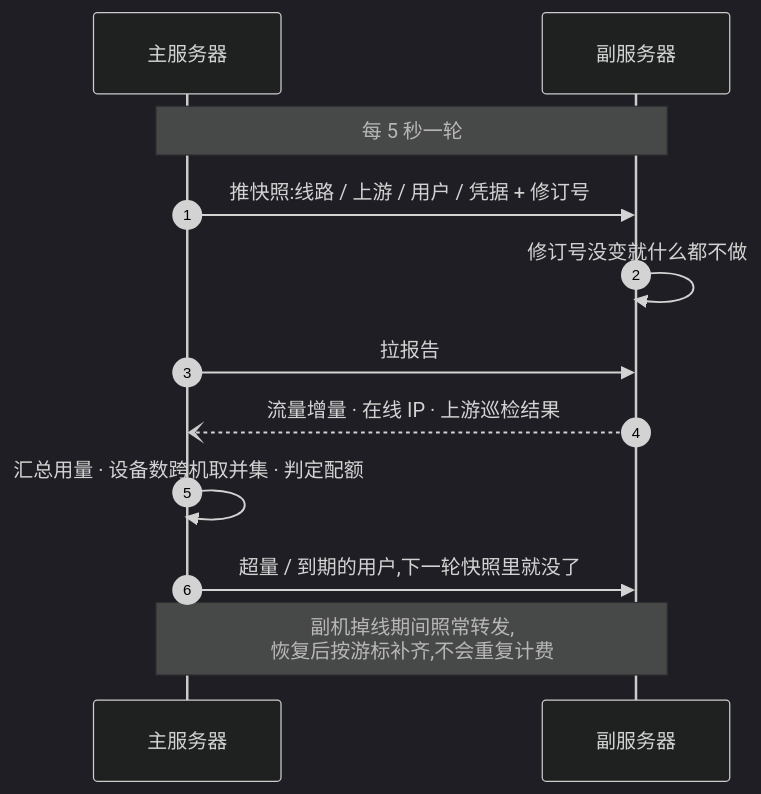
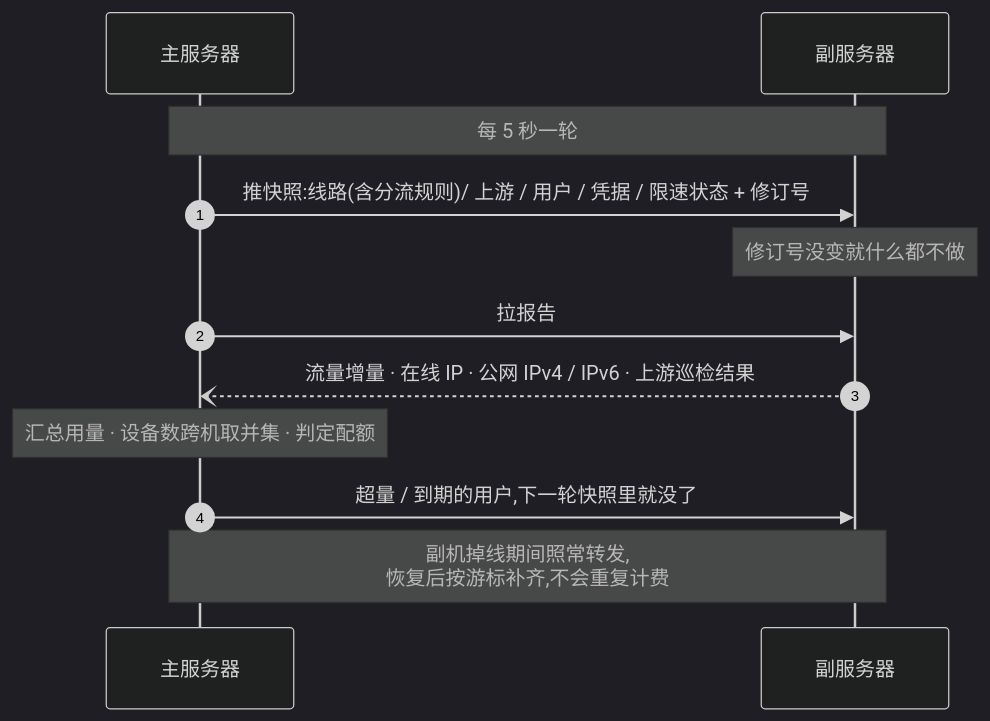
One commit to zqf20096327/dbhub_collect changed the fourth of 5 diagrams in data/readmes/Maoyangui__m-ui.md. Above: the diagram before and after it, drawn with Mermaid (dark theme). The commit also changed other lines of this file and 364 other files, not shown here.

````diff
--- a/data/readmes/Maoyangui__m-ui.md
+++ b/data/readmes/Maoyangui__m-ui.md
@@ -182,15 +200,15 @@
 ```mermaid
 sequenceDiagram
   autonumber
   participant M as 主服务器
   participant N as 副服务器
 
   Note over M,N: 每 5 秒一轮
-  M->>N: 推快照:线路 / 上游 / 用户 / 凭据 + 修订号
-  N->>N: 修订号没变就什么都不做
+  M->>N: 推快照:线路(含分流规则)/ 上游 / 用户 / 凭据 / 限速状态 + 修订号
+  Note over N: 修订号没变就什么都不做
   M->>N: 拉报告
-  N--)M: 流量增量 · 在线 IP · 上游巡检结果
-  M->>M: 汇总用量 · 设备数跨机取并集 · 判定配额
+  N--)M: 流量增量 · 在线 IP · 公网 IPv4 / IPv6 · 上游巡检结果
+  Note over M: 汇总用量 · 设备数跨机取并集 · 判定配额
   M->>N: 超量 / 到期的用户,下一轮快照里就没了
   Note over M,N: 副机掉线期间照常转发,<br/>恢复后按游标补齐,不会重复计费
 ```
````
